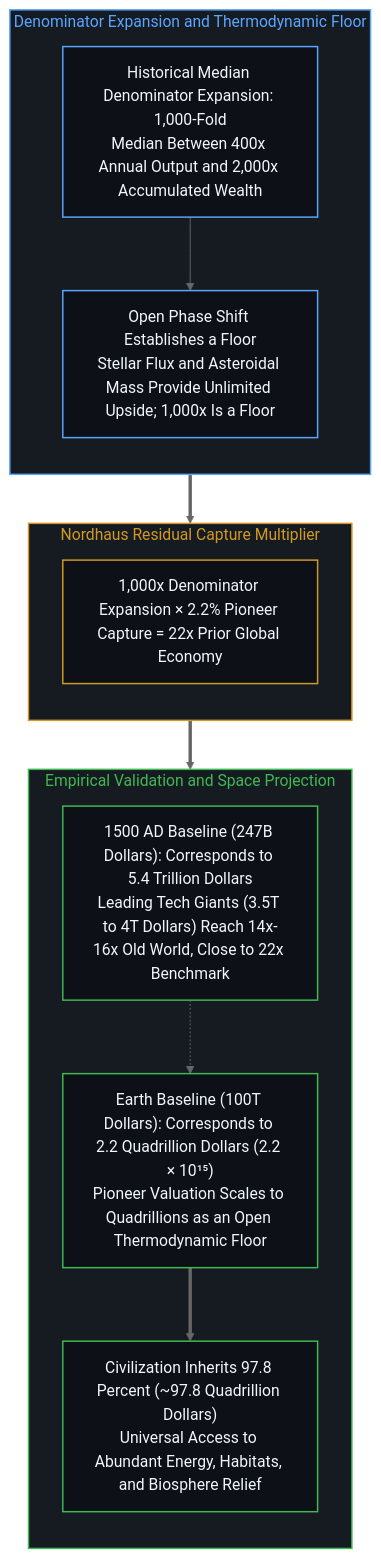
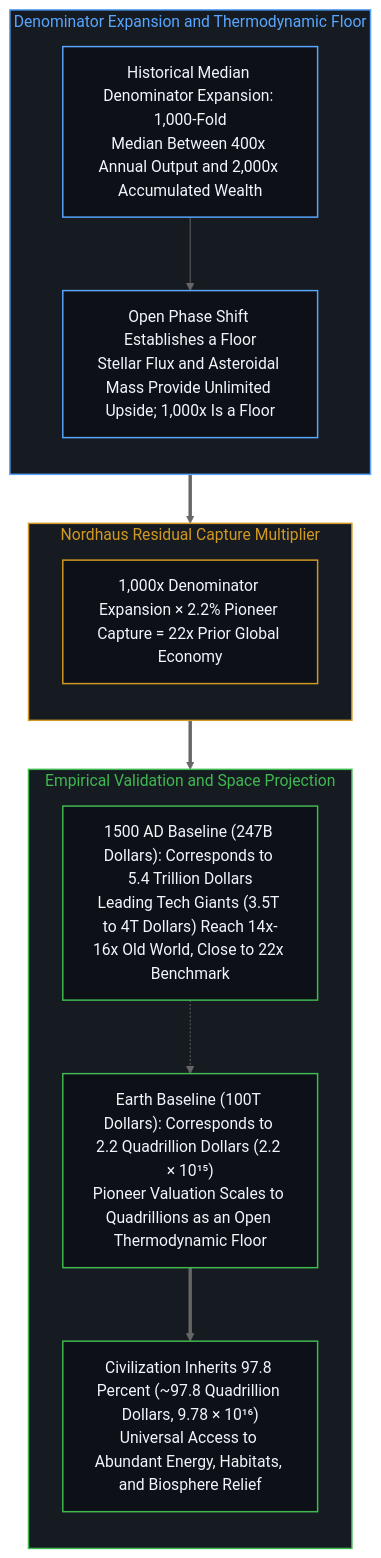
One commit to powerpig99/not-a-toe changed the eighth of 14 diagrams in content/posts/beyond-the-hundred-trillion-horizon.md. Above: the diagram before and after it, drawn with Mermaid (neutral theme). The commit also changed other lines of this file and 4 other files, not shown here.

Commit message:
Fix Post #381: Correct civilizational surplus unit to 10^16/10^17 dollars (万万亿美元)

````diff
--- a/content/posts/beyond-the-hundred-trillion-horizon.md
+++ b/content/posts/beyond-the-hundred-trillion-horizon.md
@@ -316,36 +316,36 @@
 ```mermaid
 flowchart TD
     classDef default fill:#0d1117,stroke:#30363d,stroke-width:1px,color:#f0f6fc;
     classDef mind fill:#0d1117,stroke:#3fb950,stroke-width:1.5px,color:#f0f6fc;
     classDef warn fill:#0d1117,stroke:#d29922,stroke-width:1.5px,color:#f0f6fc;
     classDef fail fill:#0d1117,stroke:#f85149,stroke-width:1.5px,color:#f0f6fc;
     classDef model fill:#0d1117,stroke:#58a6ff,stroke-width:1.5px,color:#f0f6fc;
 
     subgraph S_DENOM_EN ["Denominator Expansion and Thermodynamic Floor"]
         direction TB
         MEDIAN["Historical Median Denominator Expansion: 1,000-Fold<br/>Median Between 400x Annual Output and 2,000x Accumulated Wealth"]:::model
         FLOOR["Open Phase Shift Establishes a Floor<br/>Stellar Flux and Asteroidal Mass Provide Unlimited Upside; 1,000x Is a Floor"]:::model
         MEDIAN --> FLOOR
     end
 
     subgraph S_FORMULA_EN ["Nordhaus Residual Capture Multiplier"]
         direction TB
         CALC["1,000x Denominator Expansion × 2.2% Pioneer Capture = 22x Prior Global Economy"]:::warn
     end
 
     subgraph S_MAPPING_EN ["Empirical Validation and Space Projection"]
         direction TB
         HIST_VAL["1500 AD Baseline (247B Dollars): Corresponds to 5.4 Trillion Dollars<br/>Leading Tech Giants (3.5T to 4T Dollars) Reach 14x-16x Old World, Close to 22x Benchmark"]:::mind
         SPACE_VAL["Earth Baseline (100T Dollars): Corresponds to 2.2 Quadrillion Dollars (2.2 × 10¹⁵)<br/>Pioneer Valuation Scales to Quadrillions as an Open Thermodynamic Floor"]:::mind
-        SURPLUS["Civilization Inherits 97.8 Percent (~97.8 Quadrillion Dollars)<br/>Universal Access to Abundant Energy, Habitats, and Biosphere Relief"]:::mind
+        SURPLUS["Civilization Inherits 97.8 Percent (~97.8 Quadrillion Dollars, 9.78 × 10¹⁶)<br/>Universal Access to Abundant Energy, Habitats, and Biosphere Relief"]:::mind
         HIST_VAL -.-> SPACE_VAL
         SPACE_VAL ==> SURPLUS
     end
 
     S_DENOM_EN ==> S_FORMULA_EN
     S_FORMULA_EN ==> S_MAPPING_EN
 
     style S_DENOM_EN fill:#161b22,stroke:#58a6ff,stroke-width:1.5px,color:#58a6ff
     style S_FORMULA_EN fill:#161b22,stroke:#d29922,stroke-width:1.5px,color:#d29922
     style S_MAPPING_EN fill:#161b22,stroke:#3fb950,stroke-width:1.5px,color:#3fb950
 ```
````
